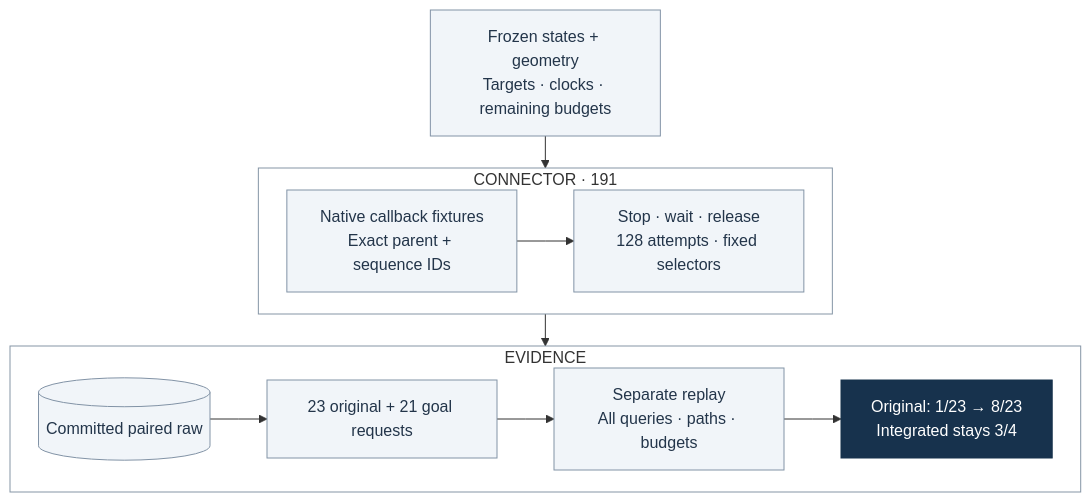
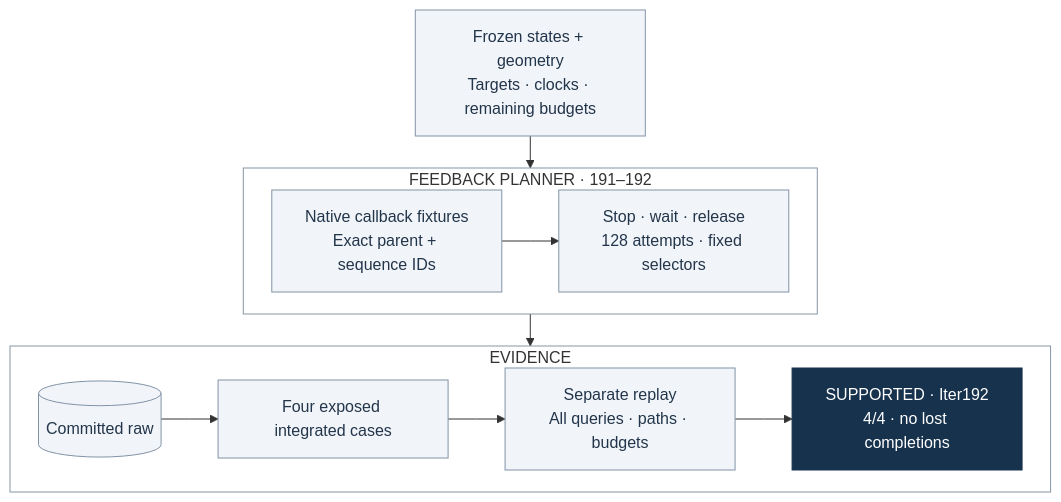
Before and after one commit to manfromnowhere143/sentinel: the first of 10 diagrams in docs/ARCHITECTURE.md, drawn with Mermaid. The commit also changed other lines of this file and 14 other files, not shown here.

Commit message:
Close Iter192 record and continue preserved-history qualification

````diff
--- a/docs/ARCHITECTURE.md
+++ b/docs/ARCHITECTURE.md
@@ -17,29 +17,29 @@
 ```mermaid
 ---
 config:
   flowchart:
     curve: linear
     nodeSpacing: 24
     wrappingWidth: 170
     rankSpacing: 32
 ---
 flowchart TB
-  accTitle: Connector qualification and separate integrated boundary
-  accDescr: Paired requests and native fixtures qualify the connector, not the full planner.
+  accTitle: Qualified feedback planner and separate intervention boundary
+  accDescr: Four exposed integrated cases pass; actual-history recovery remains a separate test.
   S["Frozen states + geometry<br/>Targets · clocks · remaining budgets"]
-  subgraph P["CONNECTOR · 191"]
+  subgraph P["FEEDBACK PLANNER · 191–192"]
     direction LR
     R["Native callback fixtures<br/>Exact parent + sequence IDs"] --> C["Stop · wait · release<br/>128 attempts · fixed selectors"]
   end
   S --> P
   subgraph E["EVIDENCE"]
     direction LR
-    D[("Committed paired raw")] --> Q["23 original + 21 goal requests"] --> V["Separate replay<br/>All queries · paths · budgets"] --> A["Original: 1/23 → 8/23<br/>Integrated stays 3/4"]
+    D[("Committed raw")] --> Q["Four exposed integrated cases"] --> V["Separate replay<br/>All queries · paths · budgets"] --> A["SUPPORTED · Iter192<br/>4/4 · no lost completions"]
   end
   P --> E
   classDef default fill:#f1f5f9,stroke:#8293a6,color:#23354a;
   classDef focus fill:#17324d,stroke:#17324d,color:#fff;
   class A focus;
   style P fill:transparent,stroke:#8595a5
   style E fill:transparent,stroke:#8595a5
 ```
````
